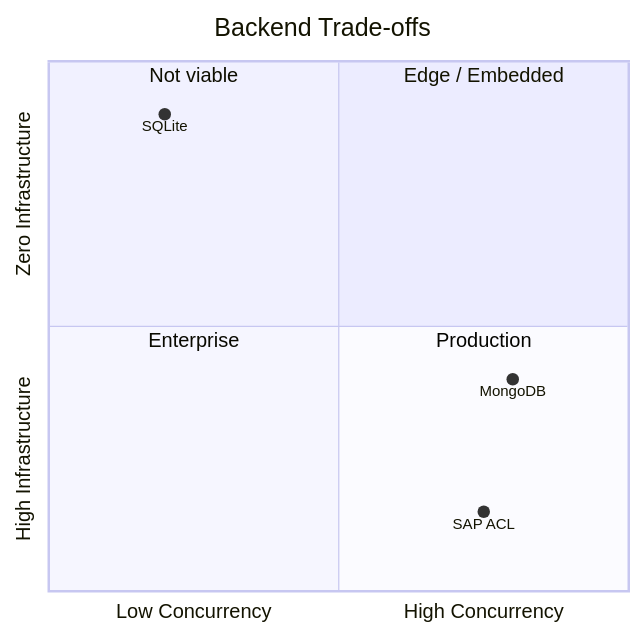
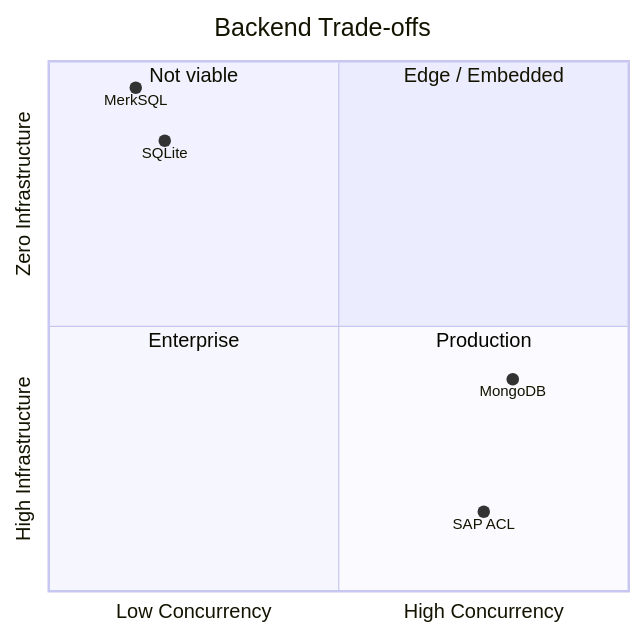
Before and after one commit to tsmarsh/meshql: the third of 3 diagrams in docs/architecture/performance.md, drawn with Mermaid. The commit also changed other lines of this file, not shown here.

First line of the commit message:
Add MerkSQL benchmarks to performance documentation

````diff
--- a/docs/architecture/performance.md
+++ b/docs/architecture/performance.md
@@ -229,13 +250,14 @@
 ```mermaid
 quadrantChart
     title Backend Trade-offs
     x-axis "Low Concurrency" --> "High Concurrency"
     y-axis "High Infrastructure" --> "Zero Infrastructure"
     quadrant-1 "Edge / Embedded"
     quadrant-2 "Not viable"
     quadrant-3 "Enterprise"
     quadrant-4 "Production"
-    "SQLite": [0.2, 0.9]
+    "MerkSQL": [0.15, 0.95]
+    "SQLite": [0.2, 0.85]
     "MongoDB": [0.8, 0.4]
     "SAP ACL": [0.75, 0.15]
 ```
````
